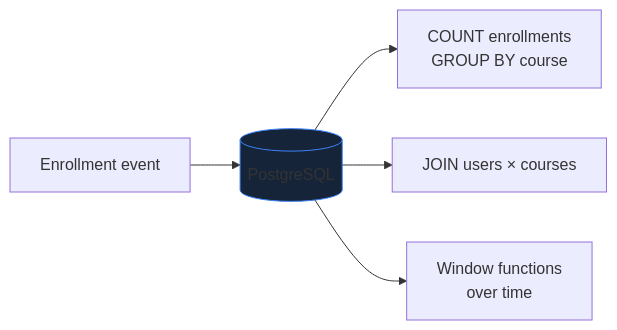
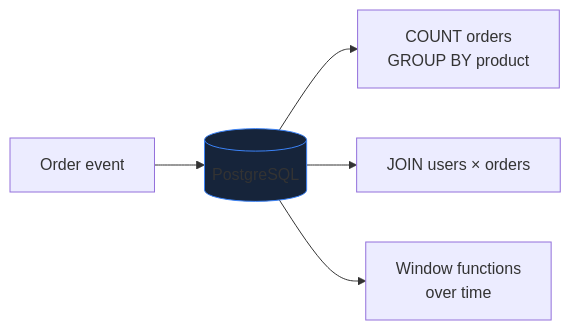
Before and after one commit to Hamza-Afraiz/Python-learning: the second of 3 diagrams in src/content/docs/concepts/data-storage.md, drawn with Mermaid. The commit also changed other lines of this file and 5 other files, not shown here.

````diff
--- a/src/content/docs/concepts/data-storage.md
+++ b/src/content/docs/concepts/data-storage.md
@@ -44,8 +44,8 @@
 ```mermaid
 flowchart LR
-    E["Enrollment event"] --> PG[(PostgreSQL)]
-    PG --> A1["COUNT enrollments<br/>GROUP BY course"]
-    PG --> A2["JOIN users × courses"]
+    E["Order event"] --> PG[(PostgreSQL)]
+    PG --> A1["COUNT orders<br/>GROUP BY product"]
+    PG --> A2["JOIN users × orders"]
     PG --> A3["Window functions<br/>over time"]
     style PG fill:#16243a,stroke:#3b82f6
 ```
````
